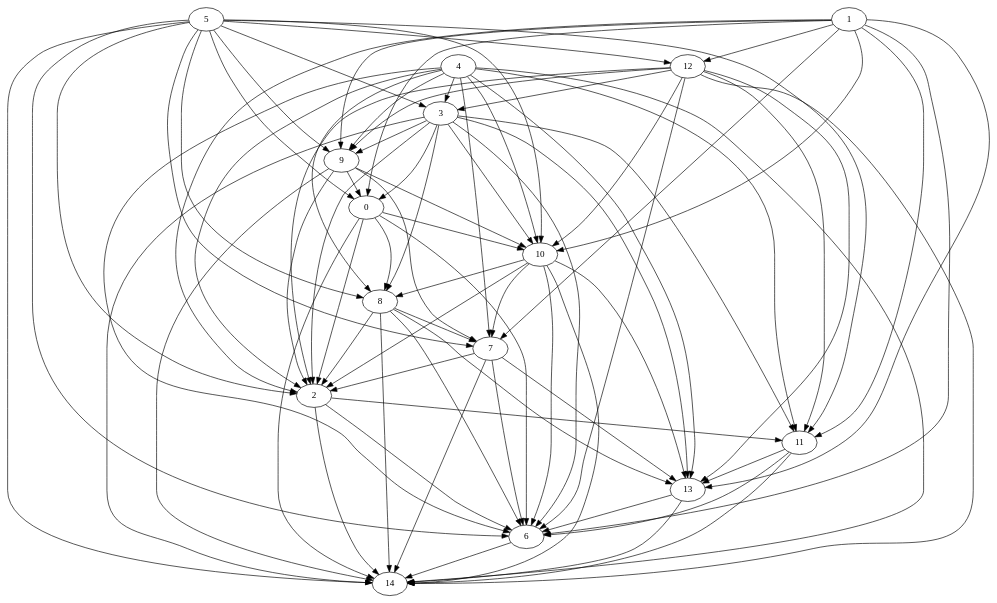
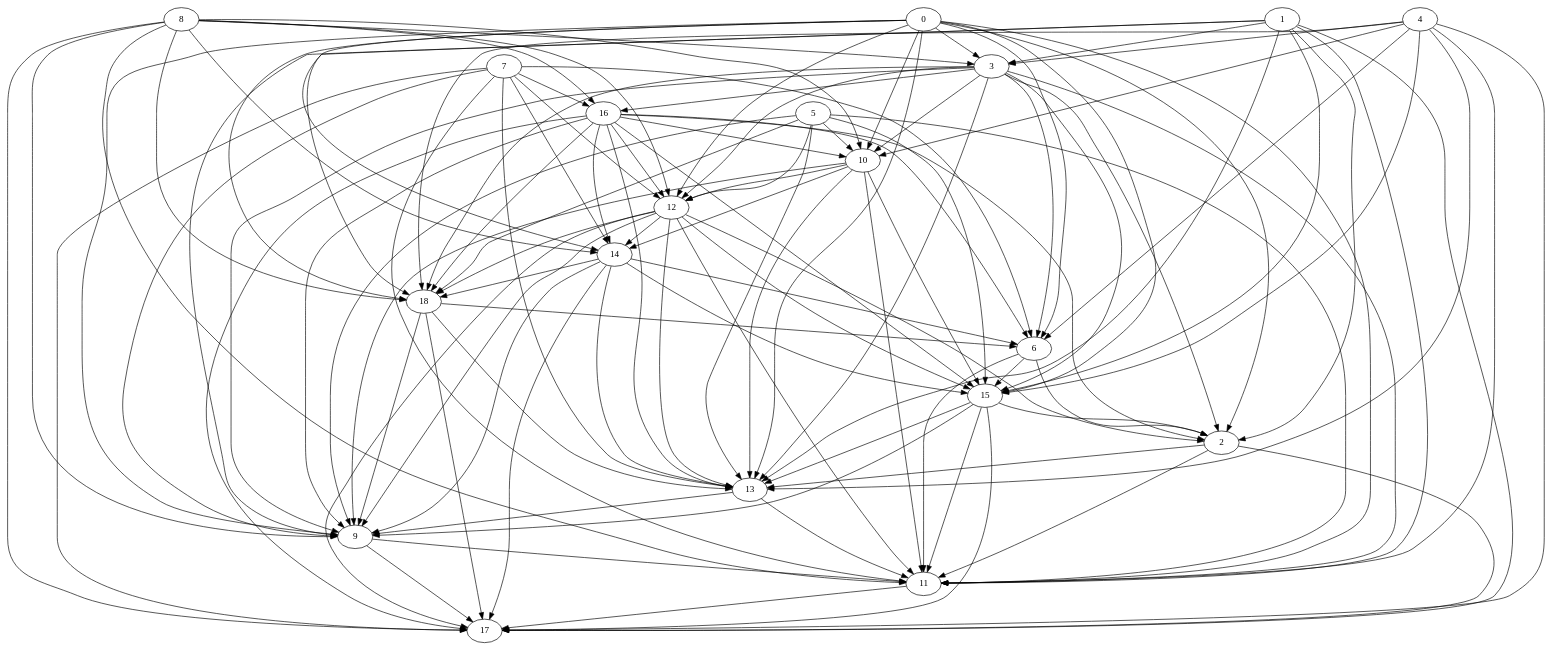
Before and after one commit to zsuh022/process-scheduler: the diagram in src/main/resources/dotfiles/random/Random_Graph.dot, drawn with Graphviz. The commit also changed 3893 other files, not shown here.

```diff
--- a/src/main/resources/dotfiles/random/Random_Graph.dot
+++ b/src/main/resources/dotfiles/random/Random_Graph.dot
@@ -1,98 +1,132 @@
 digraph {
-	"11" ["Weight"=325];
-	"12" ["Weight"=435];
-	"13" ["Weight"=398];
-	"14" ["Weight"=317];
-	"0" ["Weight"=122];
-	"1" ["Weight"=146];
-	"2" ["Weight"=855];
-	"3" ["Weight"=629];
-	"4" ["Weight"=569];
-	"5" ["Weight"=894];
-	"6" ["Weight"=931];
-	"7" ["Weight"=131];
-	"8" ["Weight"=947];
-	"9" ["Weight"=108];
-	"10" ["Weight"=230];
-	"0" -> "2" ["Weight"=661];
-	"4" -> "6" ["Weight"=112];
-	"4" -> "7" ["Weight"=865];
-	"4" -> "8" ["Weight"=970];
-	"4" -> "9" ["Weight"=212];
-	"0" -> "6" ["Weight"=630];
-	"0" -> "8" ["Weight"=827];
-	"1" -> "10" ["Weight"=293];
-	"1" -> "11" ["Weight"=901];
-	"1" -> "12" ["Weight"=780];
-	"3" -> "10" ["Weight"=559];
-	"1" -> "13" ["Weight"=802];
-	"3" -> "11" ["Weight"=605];
-	"12" -> "14" ["Weight"=422];
-	"5" -> "10" ["Weight"=780];
-	"12" -> "13" ["Weight"=304];
-	"3" -> "13" ["Weight"=624];
-	"5" -> "11" ["Weight"=446];
-	"10" -> "14" ["Weight"=723];
-	"3" -> "14" ["Weight"=654];
-	"5" -> "12" ["Weight"=401];
-	"10" -> "13" ["Weight"=506];
-	"11" -> "6" ["Weight"=200];
-	"12" -> "11" ["Weight"=365];
-	"9" -> "0" ["Weight"=875];
-	"12" -> "10" ["Weight"=589];
-	"5" -> "14" ["Weight"=688];
-	"9" -> "10" ["Weight"=755];
-	"7" -> "13" ["Weight"=691];
-	"9" -> "2" ["Weight"=591];
-	"7" -> "14" ["Weight"=433];
-	"5" -> "0" ["Weight"=867];
-	"9" -> "14" ["Weight"=454];
-	"5" -> "2" ["Weight"=192];
-	"5" -> "3" ["Weight"=796];
-	"9" -> "7" ["Weight"=342];
-	"1" -> "0" ["Weight"=621];
-	"1" -> "2" ["Weight"=883];
-	"5" -> "6" ["Weight"=799];
-	"5" -> "7" ["Weight"=173];
-	"5" -> "8" ["Weight"=888];
-	"5" -> "9" ["Weight"=109];
-	"1" -> "6" ["Weight"=712];
-	"1" -> "7" ["Weight"=748];
-	"1" -> "9" ["Weight"=854];
-	"12" -> "2" ["Weight"=621];
-	"12" -> "3" ["Weight"=335];
-	"12" -> "6" ["Weight"=538];
-	"12" -> "9" ["Weight"=798];
-	"2" -> "6" ["Weight"=730];
-	"0" -> "10" ["Weight"=302];
-	"2" -> "11" ["Weight"=486];
-	"13" -> "14" ["Weight"=820];
-	"0" -> "14" ["Weight"=532];
-	"4" -> "10" ["Weight"=118];
-	"4" -> "11" ["Weight"=246];
-	"11" -> "14" ["Weight"=890];
-	"13" -> "6" ["Weight"=403];
-	"2" -> "14" ["Weight"=127];
-	"11" -> "13" ["Weight"=884];
-	"4" -> "13" ["Weight"=931];
-	"4" -> "14" ["Weight"=128];
-	"6" -> "14" ["Weight"=179];
-	"8" -> "13" ["Weight"=654];
-	"7" -> "2" ["Weight"=986];
-	"8" -> "14" ["Weight"=302];
-	"3" -> "0" ["Weight"=987];
-	"3" -> "2" ["Weight"=125];
-	"7" -> "6" ["Weight"=816];
-	"3" -> "6" ["Weight"=808];
-	"3" -> "8" ["Weight"=398];
-	"3" -> "9" ["Weight"=766];
-	"10" -> "2" ["Weight"=582];
-	"10" -> "6" ["Weight"=166];
-	"10" -> "7" ["Weight"=265];
-	"10" -> "8" ["Weight"=579];
-	"8" -> "2" ["Weight"=888];
-	"4" -> "2" ["Weight"=861];
-	"8" -> "6" ["Weight"=459];
-	"4" -> "3" ["Weight"=284];
-	"8" -> "7" ["Weight"=711];
+	"11" ["Weight"=246];
+	"12" ["Weight"=112];
+	"13" ["Weight"=297];
+	"14" ["Weight"=422];
+	"15" ["Weight"=502];
+	"16" ["Weight"=694];
+	"17" ["Weight"=675];
+	"18" ["Weight"=599];
+	"0" ["Weight"=118];
+	"1" ["Weight"=822];
+	"2" ["Weight"=269];
+	"3" ["Weight"=627];
+	"4" ["Weight"=773];
+	"5" ["Weight"=329];
+	"6" ["Weight"=168];
+	"7" ["Weight"=796];
+	"8" ["Weight"=812];
+	"9" ["Weight"=232];
+	"10" ["Weight"=853];
+	"8" -> "9" ["Weight"=968];
+	"0" -> "2" ["Weight"=842];
+	"0" -> "3" ["Weight"=102];
+	"0" -> "6" ["Weight"=884];
+	"0" -> "9" ["Weight"=984];
+	"12" -> "17" ["Weight"=745];
+	"16" -> "13" ["Weight"=132];
+	"1" -> "11" ["Weight"=903];
+	"16" -> "12" ["Weight"=263];
+	"12" -> "15" ["Weight"=878];
+	"1" -> "13" ["Weight"=641];
+	"12" -> "14" ["Weight"=979];
+	"16" -> "10" ["Weight"=549];
+	"5" -> "10" ["Weight"=651];
+	"12" -> "13" ["Weight"=731];
+	"1" -> "15" ["Weight"=905];
+	"5" -> "11" ["Weight"=939];
+	"5" -> "12" ["Weight"=652];
+	"12" -> "11" ["Weight"=875];
+	"1" -> "17" ["Weight"=984];
+	"5" -> "13" ["Weight"=197];
+	"1" -> "18" ["Weight"=180];
+	"5" -> "15" ["Weight"=289];
+	"9" -> "11" ["Weight"=833];
+	"16" -> "18" ["Weight"=437];
+	"5" -> "18" ["Weight"=842];
+	"16" -> "17" ["Weight"=460];
+	"16" -> "15" ["Weight"=370];
+	"9" -> "17" ["Weight"=345];
+	"12" -> "18" ["Weight"=225];
+	"16" -> "14" ["Weight"=520];
+	"1" -> "2" ["Weight"=311];
+	"1" -> "3" ["Weight"=834];
+	"1" -> "9" ["Weight"=738];
+	"12" -> "2" ["Weight"=572];
+	"12" -> "9" ["Weight"=999];
+	"0" -> "10" ["Weight"=932];
+	"0" -> "11" ["Weight"=137];
+	"0" -> "12" ["Weight"=602];
+	"11" -> "17" ["Weight"=696];
+	"15" -> "13" ["Weight"=118];
+	"0" -> "13" ["Weight"=665];
+	"0" -> "14" ["Weight"=994];
+	"4" -> "10" ["Weight"=160];
+	"15" -> "11" ["Weight"=339];
+	"0" -> "15" ["Weight"=559];
+	"4" -> "11" ["Weight"=272];
+	"4" -> "13" ["Weight"=487];
+	"0" -> "18" ["Weight"=429];
+	"8" -> "10" ["Weight"=266];
+	"13" -> "9" ["Weight"=599];
+	"4" -> "15" ["Weight"=644];
+	"8" -> "11" ["Weight"=151];
+	"8" -> "12" ["Weight"=878];
+	"4" -> "17" ["Weight"=732];
+	"4" -> "18" ["Weight"=335];
+	"8" -> "14" ["Weight"=367];
+	"8" -> "16" ["Weight"=232];
+	"15" -> "17" ["Weight"=670];
+	"8" -> "17" ["Weight"=227];
+	"3" -> "2" ["Weight"=841];
+	"8" -> "18" ["Weight"=954];
+	"3" -> "6" ["Weight"=179];
+	"3" -> "9" ["Weight"=936];
+	"10" -> "11" ["Weight"=669];
+	"14" -> "6" ["Weight"=167];
+	"14" -> "9" ["Weight"=184];
+	"4" -> "3" ["Weight"=900];
+	"4" -> "6" ["Weight"=601];
+	"15" -> "2" ["Weight"=987];
+	"14" -> "15" ["Weight"=721];
+	"3" -> "10" ["Weight"=398];
+	"14" -> "13" ["Weight"=104];
+	"3" -> "11" ["Weight"=888];
+	"3" -> "12" ["Weight"=899];
+	"10" -> "15" ["Weight"=100];
+	"3" -> "13" ["Weight"=405];
+	"10" -> "14" ["Weight"=136];
+	"15" -> "9" ["Weight"=944];
+	"10" -> "13" ["Weight"=638];
+	"3" -> "15" ["Weight"=695];
+	"7" -> "11" ["Weight"=994];
+	"10" -> "12" ["Weight"=313];
+	"3" -> "16" ["Weight"=531];
+	"7" -> "12" ["Weight"=914];
+	"7" -> "13" ["Weight"=166];
+	"3" -> "18" ["Weight"=659];
+	"7" -> "14" ["Weight"=780];
+	"18" -> "17" ["Weight"=715];
+	"7" -> "16" ["Weight"=523];
+	"7" -> "17" ["Weight"=284];
+	"14" -> "18" ["Weight"=960];
+	"14" -> "17" ["Weight"=364];
+	"18" -> "13" ["Weight"=629];
+	"5" -> "9" ["Weight"=334];
+	"16" -> "2" ["Weight"=401];
+	"16" -> "6" ["Weight"=379];
+	"16" -> "9" ["Weight"=646];
+	"6" -> "2" ["Weight"=204];
+	"2" -> "11" ["Weight"=537];
+	"2" -> "13" ["Weight"=417];
+	"13" -> "11" ["Weight"=895];
+	"6" -> "11" ["Weight"=652];
+	"2" -> "17" ["Weight"=465];
+	"6" -> "15" ["Weight"=312];
+	"7" -> "6" ["Weight"=926];
+	"7" -> "9" ["Weight"=648];
+	"18" -> "6" ["Weight"=696];
+	"18" -> "9" ["Weight"=247];
+	"10" -> "9" ["Weight"=423];
+	"8" -> "3" ["Weight"=236];
 }
```
